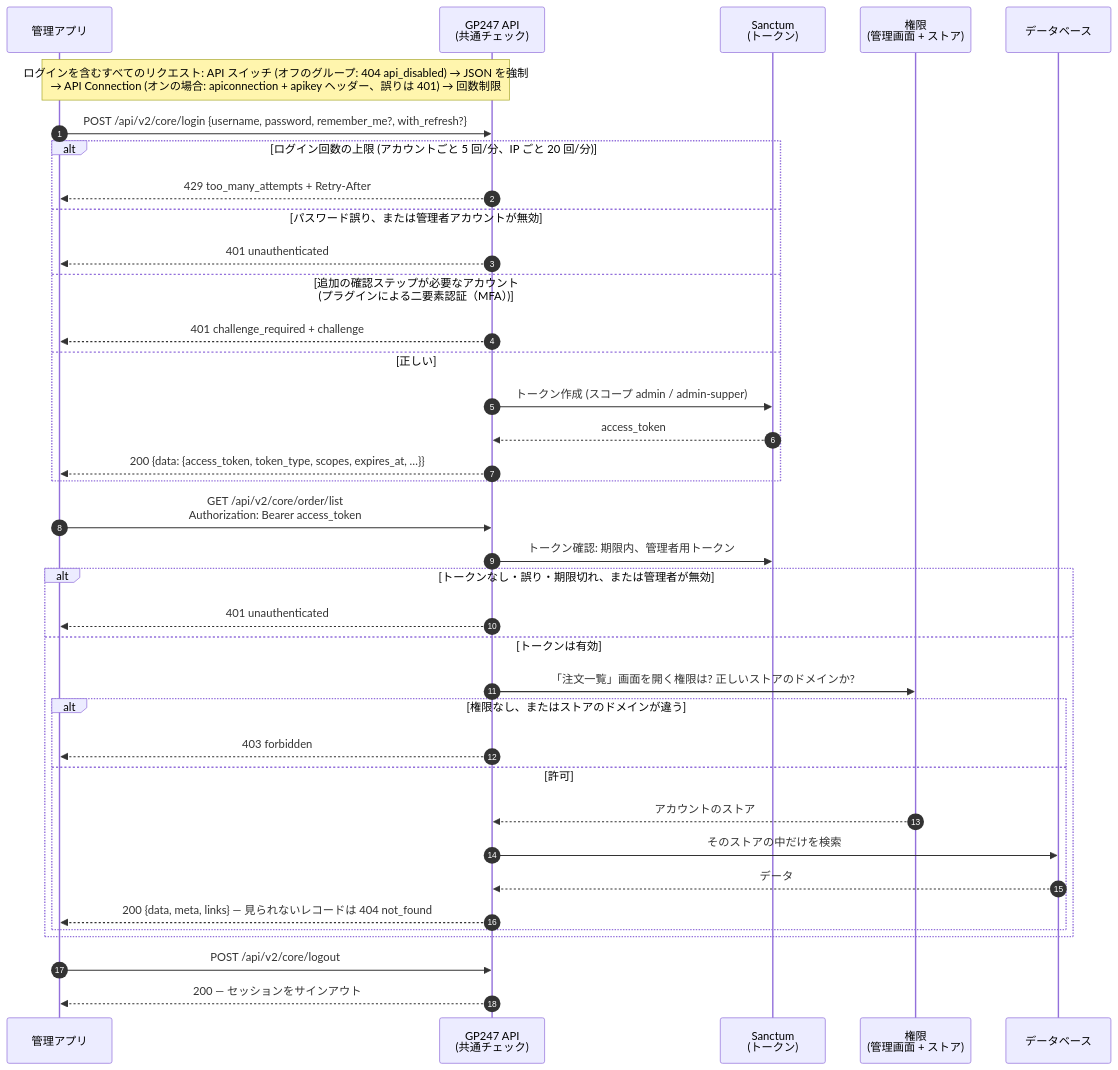
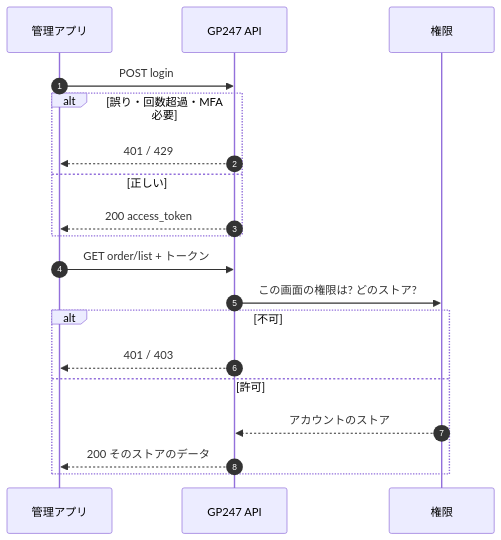
One commit to gp247net/gp247-docs changed the first of 2 diagrams in api/api-admin_ja.md. Above: the diagram before and after it, drawn with Mermaid. The commit also changed other lines of this file and 44 other files, not shown here.

First line of the commit message:
docs: redraw oversized diagrams in security, API and MCP docs (vi/en/ja)

````diff
--- a/api/api-admin_ja.md
+++ b/api/api-admin_ja.md
@@ -17,39 +18,21 @@
 ```mermaid
 sequenceDiagram
     autonumber
     participant A as 管理アプリ
-    participant M as GP247 API<br/>(共通チェック)
-    participant S as Sanctum<br/>(トークン)
-    participant Q as 権限<br/>(管理画面 + ストア)
-    participant D as データベース
-    Note over A,M: ログインを含むすべてのリクエスト: API スイッチ (オフのグループ: 404 api_disabled) → JSON を強制<br/>→ API Connection (オンの場合: apiconnection + apikey ヘッダー、誤りは 401) → 回数制限
-    A->>M: POST /api/v2/core/login {username, password, remember_me?, with_refresh?}
-    alt ログイン回数の上限 (アカウントごと 5 回/分、IP ごと 20 回/分)
-        M-->>A: 429 too_many_attempts + Retry-After
-    else パスワード誤り、または管理者アカウントが無効
-        M-->>A: 401 unauthenticated
-    else 追加の確認ステップが必要なアカウント (プラグインによる二要素認証（MFA）)
-        M-->>A: 401 challenge_required + challenge
+    participant M as GP247 API
+    participant Q as 権限
+    A->>M: POST login
+    alt 誤り・回数超過・MFA 必要
+        M-->>A: 401 / 429
     else 正しい
-        M->>S: トークン作成 (スコープ admin / admin-supper)
-        S-->>M: access_token
-        M-->>A: 200 {data: {access_token, token_type, scopes, expires_at, …}}
+        M-->>A: 200 access_token
     end
-    A->>M: GET /api/v2/core/order/list<br/>Authorization: Bearer access_token
-    M->>S: トークン確認: 期限内、管理者用トークン
-    alt トークンなし・誤り・期限切れ、または管理者が無効
-        M-->>A: 401 unauthenticated
-    else トークンは有効
-        M->>Q: 「注文一覧」画面を開く権限は? 正しいストアのドメインか?
-        alt 権限なし、またはストアのドメインが違う
-            M-->>A: 403 forbidden
-        else 許可
-            Q-->>M: アカウントのストア
-            M->>D: そのストアの中だけを検索
-            D-->>M: データ
-            M-->>A: 200 {data, meta, links} — 見られないレコードは 404 not_found
-        end
+    A->>M: GET order/list + トークン
+    M->>Q: この画面の権限は? どのストア?
+    alt 不可
+        M-->>A: 401 / 403
+    else 許可
+        Q-->>M: アカウントのストア
+        M-->>A: 200 そのストアのデータ
     end
-    A->>M: POST /api/v2/core/logout
-    M-->>A: 200 — セッションをサインアウト
 ```
````
